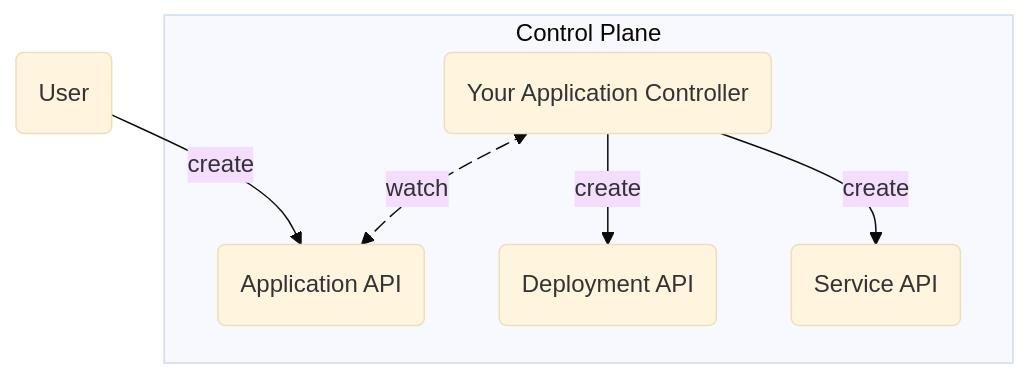
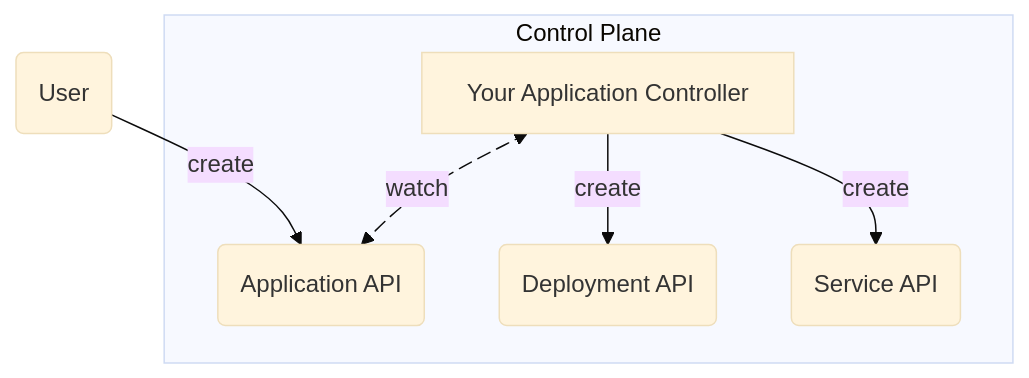
The first of 4 diagrams in content/v2.0-preview/what-is-crossplane/_index.md (crossplane/docs), drawn with Mermaid (base theme) before and after one commit. The commit also changed other lines of this file, not shown here.

First line of the commit message:
Minor diagram tweaks

````diff
--- a/content/v2.0-preview/what-is-crossplane/_index.md
+++ b/content/v2.0-preview/what-is-crossplane/_index.md
@@ -76,18 +76,18 @@
 ```mermaid
 flowchart TD
 user(User)
 
 subgraph control [Control Plane]
   api(Application API)
-  controller(Your Application Controller)
+  controller[Your Application Controller]
   deployment(Deployment API)
   service(Service API)
 end
 
 user -- create --> api
 controller watch@<-- watch --> api
 controller -- create --> deployment
 controller -- create --> service
 
 watch@{animate: true}
 ```
````
